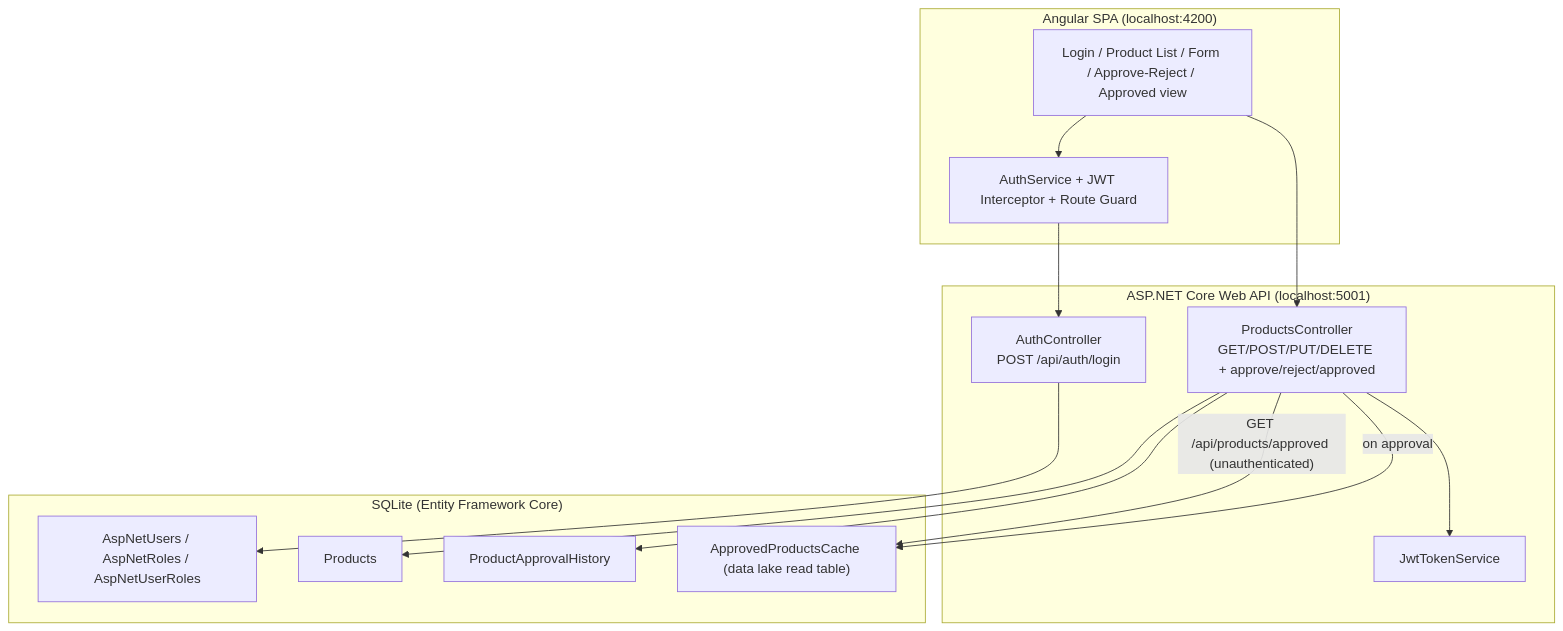
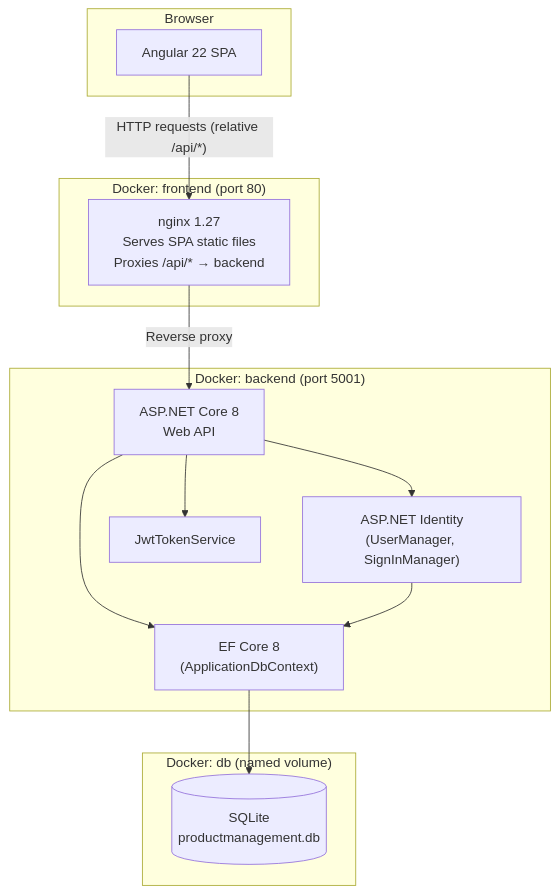
One commit to DylanPugh001/product-management-system changed the first of 3 diagrams in docs/architecture.md. Above: the diagram before and after it, drawn with Mermaid. The commit also changed other lines of this file and 77 other files, not shown here.

````diff
--- a/docs/architecture.md
+++ b/docs/architecture.md
@@ -3,30 +25,29 @@
 ```mermaid
-flowchart TB
-    subgraph Client["Angular SPA (localhost:4200)"]
-        UI["Login / Product List / Form / Approve-Reject / Approved view"]
-        AUTH["AuthService + JWT Interceptor + Route Guard"]
+graph TB
+    subgraph Browser
+        SPA["Angular 22 SPA"]
     end
 
-    subgraph Api["ASP.NET Core Web API (localhost:5001)"]
-        AUTHCTRL["AuthController\nPOST /api/auth/login"]
-        PRODCTRL["ProductsController\nGET/POST/PUT/DELETE + approve/reject/approved"]
-        SVC["JwtTokenService"]
+    subgraph "Docker: frontend (port 80)"
+        NGINX["nginx 1.27\nServes SPA static files\nProxies /api/* → backend"]
     end
 
-    subgraph Data["SQLite (Entity Framework Core)"]
-        IDENTITY["AspNetUsers / AspNetRoles / AspNetUserRoles"]
-        PRODUCTS["Products"]
-        HISTORY["ProductApprovalHistory"]
-        CACHE["ApprovedProductsCache (data lake read table)"]
+    subgraph "Docker: backend (port 5001)"
+        API["ASP.NET Core 8\nWeb API"]
+        IDENTITY["ASP.NET Identity\n(UserManager, SignInManager)"]
+        EF["EF Core 8\n(ApplicationDbContext)"]
+        JWT["JwtTokenService"]
     end
 
-    UI --> AUTH
-    AUTH --> AUTHCTRL
-    UI --> PRODCTRL
-    PRODCTRL --> SVC
-    AUTHCTRL --> IDENTITY
-    PRODCTRL --> PRODUCTS
-    PRODCTRL --> HISTORY
-    PRODCTRL -- "on approval" --> CACHE
-    PRODCTRL -- "GET /api/products/approved (unauthenticated)" --> CACHE
+    subgraph "Docker: db (named volume)"
+        SQLITE[("SQLite\nproductmanagement.db")]
+    end
+
+    SPA -->|"HTTP requests (relative /api/*)"| NGINX
+    NGINX -->|"Reverse proxy"| API
+    API --> IDENTITY
+    API --> JWT
+    API --> EF
+    EF --> SQLITE
+    IDENTITY --> EF
 ```
````
